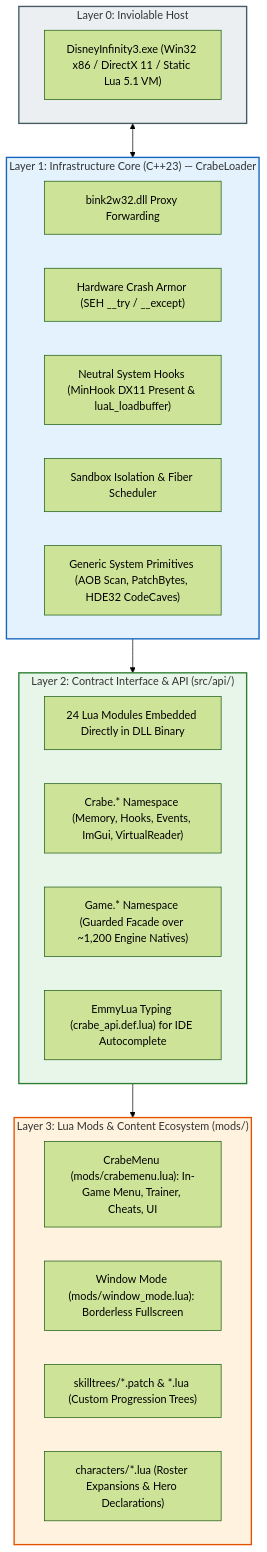
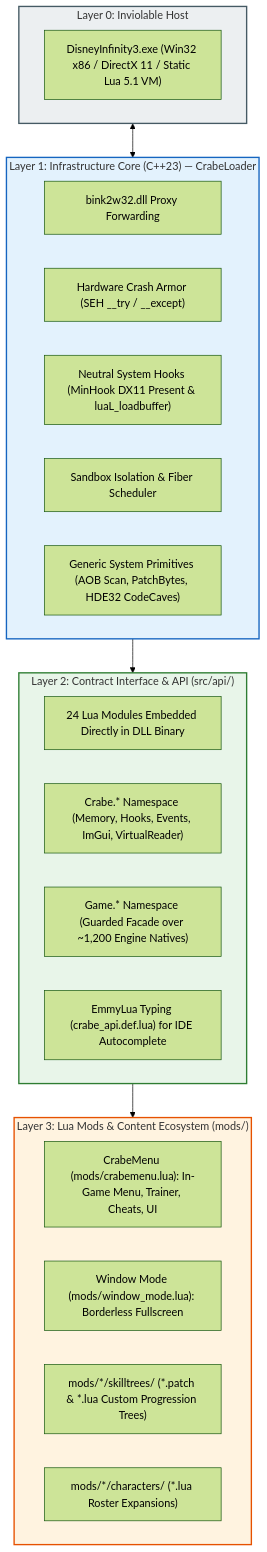
Before and after one commit to LucasLhomme/CrabeLoader: the first of 2 diagrams in docs/ARCHITECTURE_BLUEPRINT.md, drawn with Mermaid (forest theme). The commit also changed other lines of this file and 4 other files, not shown here.

Commit message:
docs: encapsulate all characters and skilltrees strictly inside mods directory

````diff
--- a/docs/ARCHITECTURE_BLUEPRINT.md
+++ b/docs/ARCHITECTURE_BLUEPRINT.md
@@ -86,37 +86,37 @@
 ```mermaid
 flowchart TD
     subgraph L0["Layer 0: Inviolable Host"]
         GAME["DisneyInfinity3.exe (Win32 x86 / DirectX 11 / Static Lua 5.1 VM)"]
     end
 
     subgraph L1["Layer 1: Infrastructure Core (C++23) — CrabeLoader"]
         INJECT["bink2w32.dll Proxy Forwarding"]
         SEH["Hardware Crash Armor (SEH __try / __except)"]
         HOOKS["Neutral System Hooks (MinHook DX11 Present & luaL_loadbuffer)"]
         SANDBOX_CORE["Sandbox Isolation & Fiber Scheduler"]
         PRIMITIVES["Generic System Primitives (AOB Scan, PatchBytes, HDE32 CodeCaves)"]
     end
 
     subgraph L2["Layer 2: Contract Interface & API (src/api/)"]
         EMBED_API["24 Lua Modules Embedded Directly in DLL Binary"]
         CRABE_SURFACE["Crabe.* Namespace (Memory, Hooks, Events, ImGui, VirtualReader)"]
         GAME_SURFACE["Game.* Namespace (Guarded Facade over ~1,200 Engine Natives)"]
         TYPES["EmmyLua Typing (crabe_api.def.lua) for IDE Autocomplete"]
     end
 
     subgraph L3["Layer 3: Lua Mods & Content Ecosystem (mods/)"]
         CRABEMENU["CrabeMenu (mods/crabemenu.lua): In-Game Menu, Trainer, Cheats, UI"]
         WINDOW_MODE["Window Mode (mods/window_mode.lua): Borderless Fullscreen"]
-        CUSTOM_SKILLS["skilltrees/*.patch & *.lua (Custom Progression Trees)"]
-        CUSTOM_HEROES["characters/*.lua (Roster Expansions & Hero Declarations)"]
+        CUSTOM_SKILLS["mods/*/skilltrees/ (*.patch & *.lua Custom Progression Trees)"]
+        CUSTOM_HEROES["mods/*/characters/ (*.lua Roster Expansions)"]
     end
 
     L0 <--> L1
     L1 --> L2
     L2 --> L3
 
     style L0 fill:#eceff1,stroke:#455a64,stroke-width:2px;
     style L1 fill:#e3f2fd,stroke:#1565c0,stroke-width:2px;
     style L2 fill:#e8f5e9,stroke:#2e7d32,stroke-width:2px;
     style L3 fill:#fff3e0,stroke:#e65100,stroke-width:2px;
 ```
````
